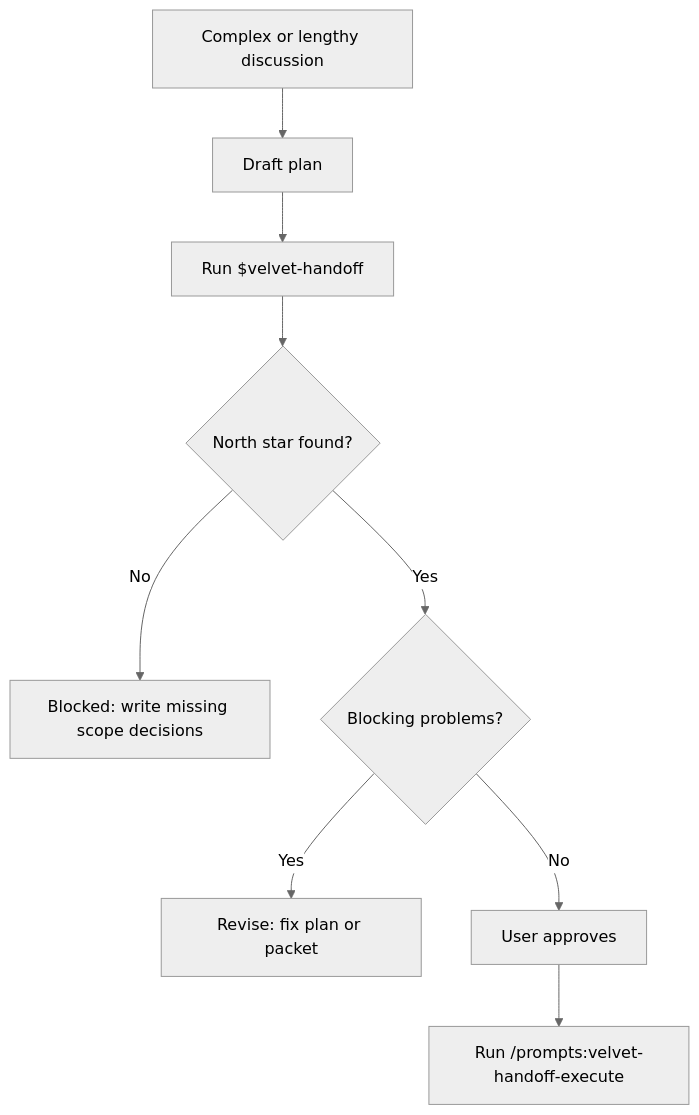
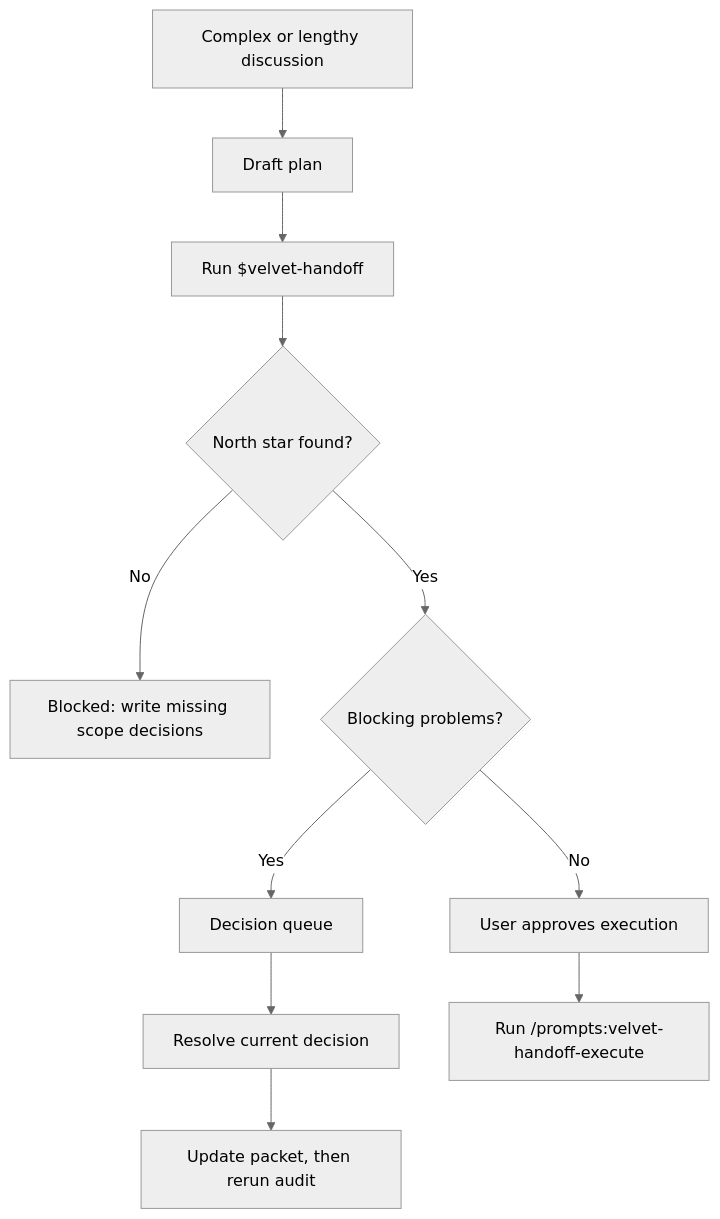
Before and after one commit to emilios-eth/velvet-handoff: the diagram in README.md, drawn with Mermaid (neutral theme). The commit also changed other lines of this file and 4 other files, not shown here.

Commit message:
Add decision driver to handoff audits

````diff
--- a/README.md
+++ b/README.md
@@ -18,12 +19,14 @@
 ```mermaid
 flowchart TD
     A["Complex or lengthy discussion"]
     A --> B["Draft plan"]
     B --> C["Run $velvet-handoff"]
     C --> D{"North star found?"}
     D -->|No| E["Blocked: write missing scope decisions"]
     D -->|Yes| F{"Blocking problems?"}
-    F -->|Yes| G["Revise: fix plan or packet"]
-    F -->|No| H["User approves"]
-    H --> I["Run /prompts:velvet-handoff-execute"]
+    F -->|Yes| G["Decision queue"]
+    G --> H["Resolve current decision"]
+    H --> I["Update packet, then rerun audit"]
+    F -->|No| J["User approves execution"]
+    J --> K["Run /prompts:velvet-handoff-execute"]
 ```
````
